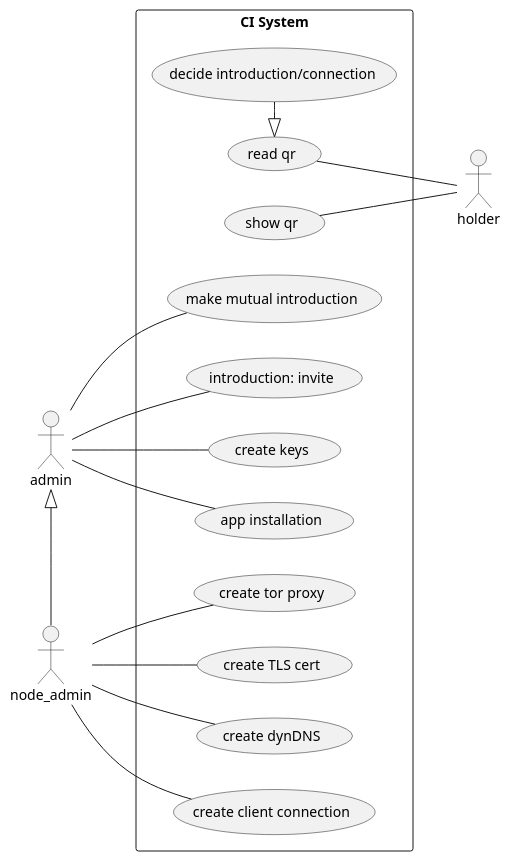
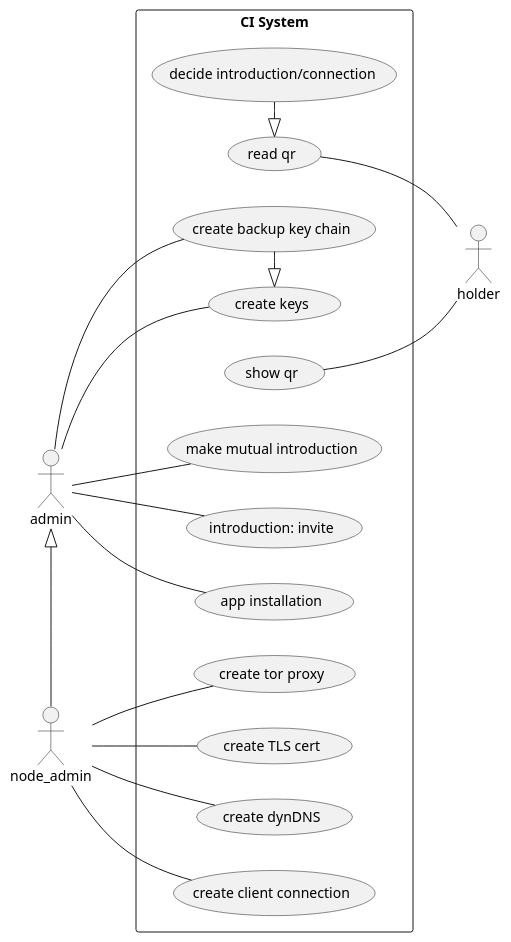
The first of 2 diagrams in README.md (lainio/ic), drawn with PlantUML before and after one commit. The commit also changed other lines of this file, not shown here.

Commit message:
key use cases description and backup keys

````diff
--- a/README.md
+++ b/README.md
@@ -22,27 +22,29 @@
 ```plantuml
 @startuml
 left to right direction
 skinparam packageStyle rectangle
 
 actor holder
 actor admin
 actor node_admin
 
 rectangle "CI System" {
   (show qr) -- holder
   (read qr) <|- (decide introduction/connection)
   (read qr) -- holder
   admin -- (make mutual introduction)
   admin -- (introduction: invite)
   admin -- (create keys)
+  (create keys) <|- (create backup key chain)
+  admin - (create backup key chain)
   admin -- (app installation)
 
   node_admin -- (create tor proxy)
   node_admin -- (create TLS cert)
   node_admin -- (create dynDNS)
   node_admin -- (create client connection)
 }
 
 admin <|- node_admin
 @enduml
 ```
````
